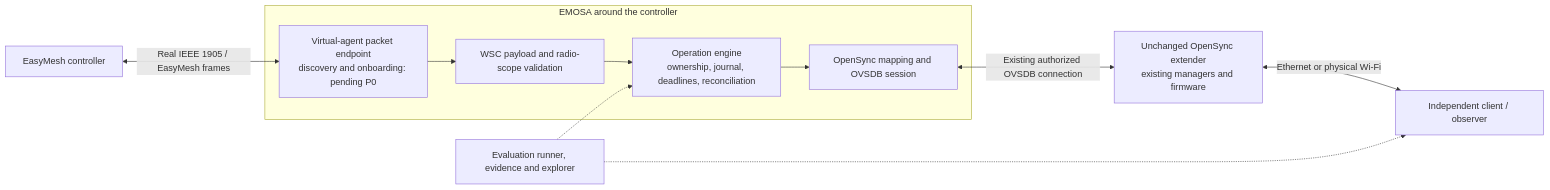
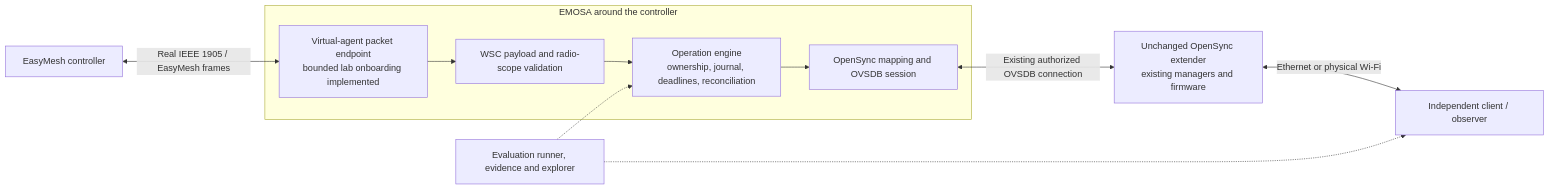
One commit to boardfarmdevs/emosa-lab changed the first of 7 diagrams in doc/guides/team-manual.md. Above: the diagram before and after it, drawn with Mermaid. The commit also changed other lines of this file and 62 other files, not shown here.

````diff
--- a/doc/guides/team-manual.md
+++ b/doc/guides/team-manual.md
@@ -183,16 +188,16 @@
 ```mermaid
 flowchart LR
     C[EasyMesh controller]
     subgraph E[EMOSA around the controller]
-        V[Virtual-agent packet endpoint<br/>discovery and onboarding: pending P0]
+        V[Virtual-agent packet endpoint<br/>bounded lab onboarding implemented]
         W[WSC payload and radio-scope validation]
         O[Operation engine<br/>ownership, journal, deadlines, reconciliation]
         M[OpenSync mapping and OVSDB session]
         V --> W --> O --> M
     end
     C <-->|Real IEEE 1905 / EasyMesh frames| V
     M <-->|Existing authorized OVSDB connection| P[Unchanged OpenSync extender<br/>existing managers and firmware]
     P <-->|Ethernet or physical Wi-Fi| U[Independent client / observer]
     T[Evaluation runner, evidence and explorer] -.-> O
     T -.-> U
 ```
````
